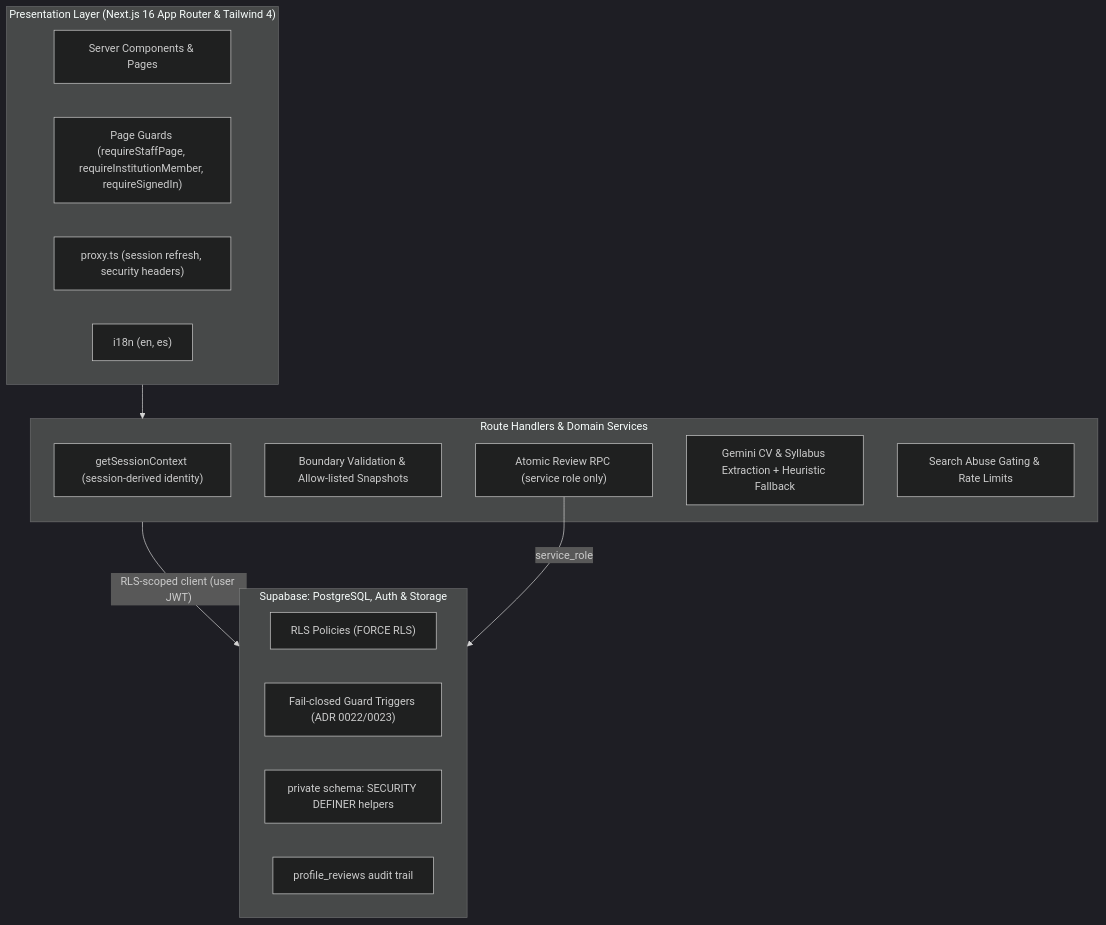
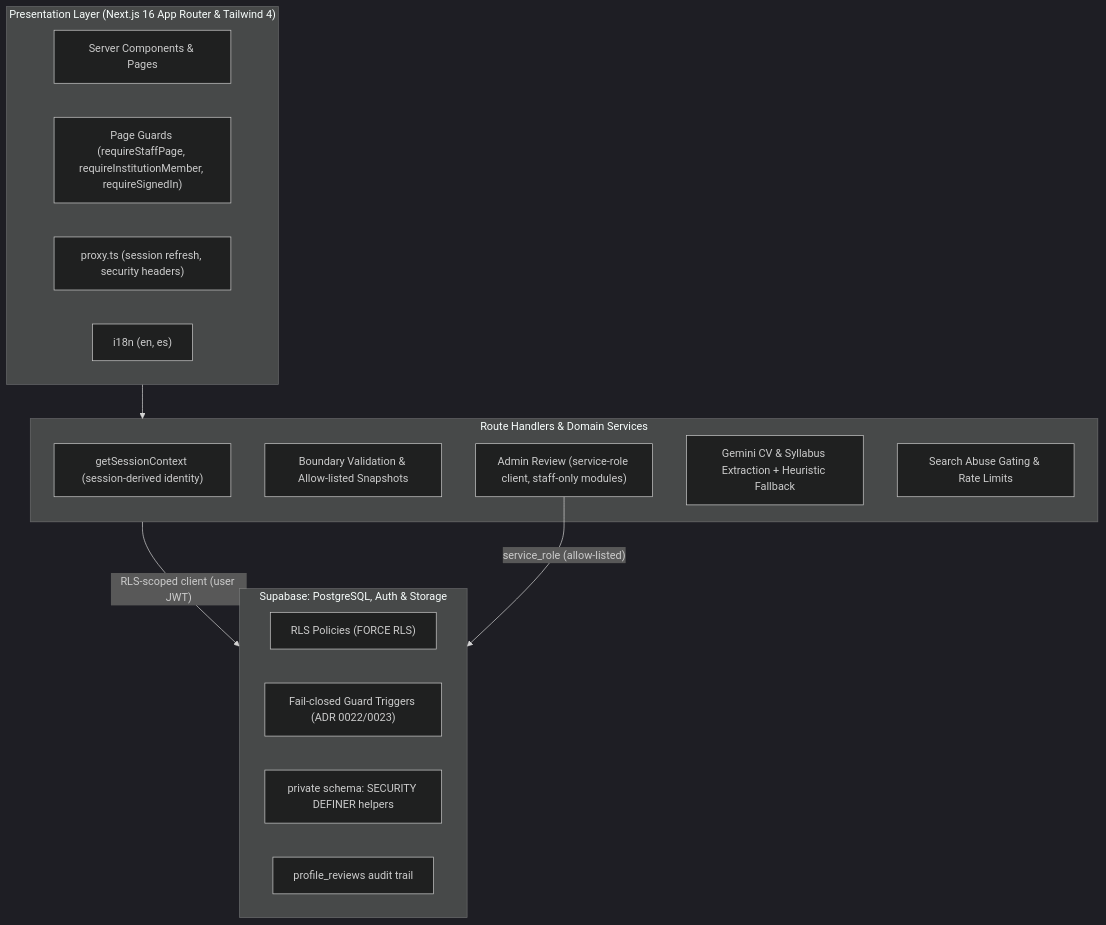
One commit to ricardojjulia/FaithFullScholars changed the second of 4 diagrams in README.md. Above: the diagram before and after it, drawn with Mermaid (dark theme). The commit also changed other lines of this file and 4 other files, not shown here.

````diff
--- a/README.md
+++ b/README.md
@@ -114,28 +114,28 @@
 ```mermaid
 flowchart TB
     subgraph Presentation ["Presentation Layer (Next.js 16 App Router & Tailwind 4)"]
         Pages["Server Components & Pages"]
         Guards["Page Guards (requireStaffPage, requireInstitutionMember, requireSignedIn)"]
         Proxy["proxy.ts (session refresh, security headers)"]
         I18n["i18n (en, es)"]
     end
 
     subgraph Server ["Route Handlers & Domain Services"]
         Session["getSessionContext (session-derived identity)"]
         Validation["Boundary Validation & Allow-listed Snapshots"]
-        Review["Atomic Review RPC (service role only)"]
+        Review["Admin Review (service-role client, staff-only modules)"]
         AI["Gemini CV & Syllabus Extraction + Heuristic Fallback"]
         RateLimit["Search Abuse Gating & Rate Limits"]
     end
 
     subgraph Data ["Supabase: PostgreSQL, Auth & Storage"]
         RLS["RLS Policies (FORCE RLS)"]
         Triggers["Fail-closed Guard Triggers (ADR 0022/0023)"]
         Private["private schema: SECURITY DEFINER helpers"]
         Audit["profile_reviews audit trail"]
     end
 
     Presentation --> Server
     Server -- "RLS-scoped client (user JWT)" --> Data
-    Review -- "service_role" --> Data
+    Review -- "service_role (allow-listed)" --> Data
 ```
````
